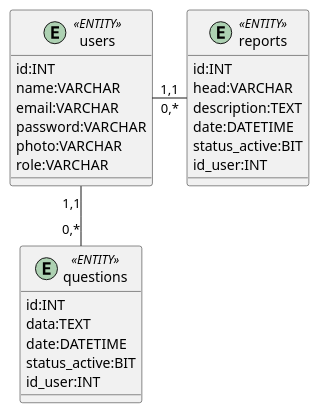
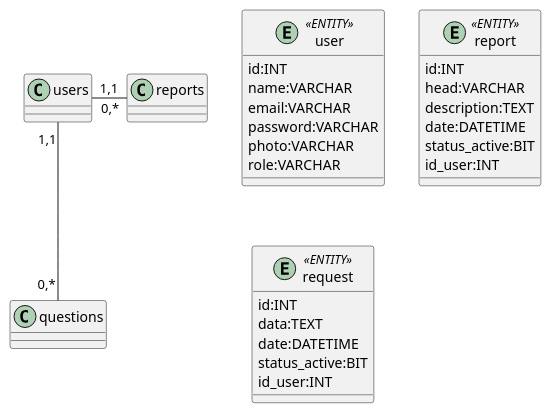
The first of 2 diagrams in docs/design/README.md (Pashhaa/media-content-analyze-system), drawn with PlantUML before and after one commit. The commit also changed other lines of this file and 10 other files, not shown here.

```diff
--- a/docs/design/README.md
+++ b/docs/design/README.md
@@ -12,32 +12,32 @@
 @startuml
 
-entity users <<ENTITY>> {
+entity user <<ENTITY>> {
 	id:INT
 	name:VARCHAR
 	email:VARCHAR
 	password:VARCHAR
 	photo:VARCHAR
 	role:VARCHAR
 }
 
-entity reports <<ENTITY>> {
+entity report <<ENTITY>> {
     id:INT
     head:VARCHAR
     description:TEXT
     date:DATETIME
     status_active:BIT
     id_user:INT
 }
 
-entity questions <<ENTITY>> {
+entity request <<ENTITY>> {
     id:INT
     data:TEXT
     date:DATETIME
     status_active:BIT
     id_user:INT
 }
 
 users "1,1" -- "0,*" questions
 users "1,1" - "0,*" reports
 
 @enduml
```
